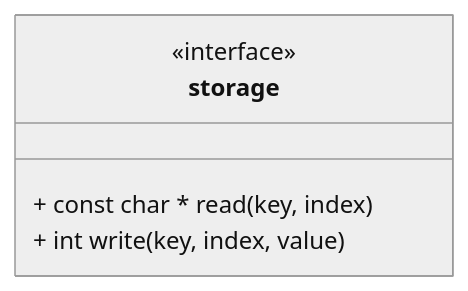
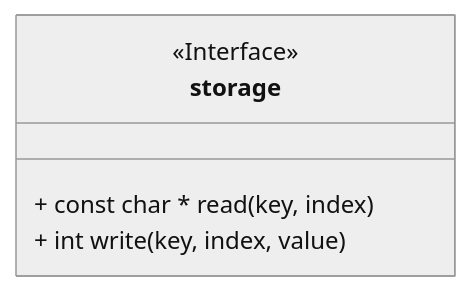
The diagram in sections/software/documentation/interfaces/storage.md (Joecstarr/thesis), drawn with Mermaid (neutral theme) before and after one commit. The commit also changed 17 other files, not shown here.

Commit message:
Improve: Adds decorators for class diagrams. Adds two computations for arborescent generation.

````diff
--- a/sections/software/documentation/interfaces/storage.md
+++ b/sections/software/documentation/interfaces/storage.md
@@ -31,8 +31,8 @@
 ```mermaid
 classDiagram
     class storage {
-        <<interface>>
+        <<Interface>>
         + const char *  read(key, index)
         + int write(key, index, value)
     }
 ```
````
